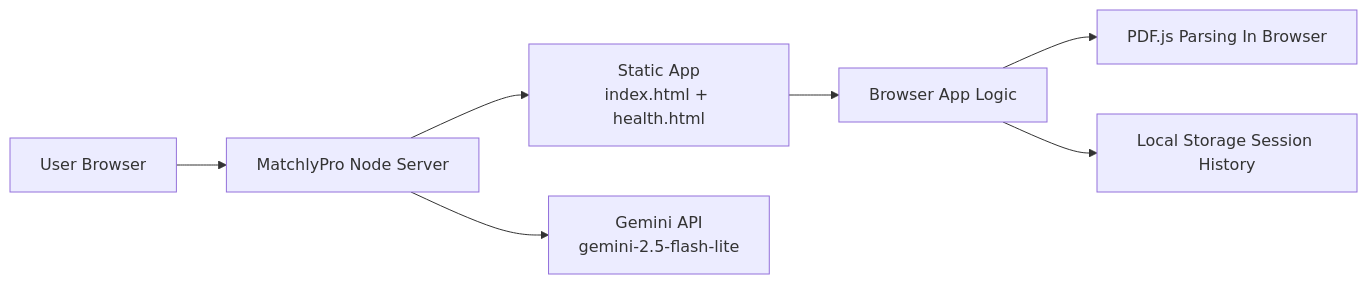
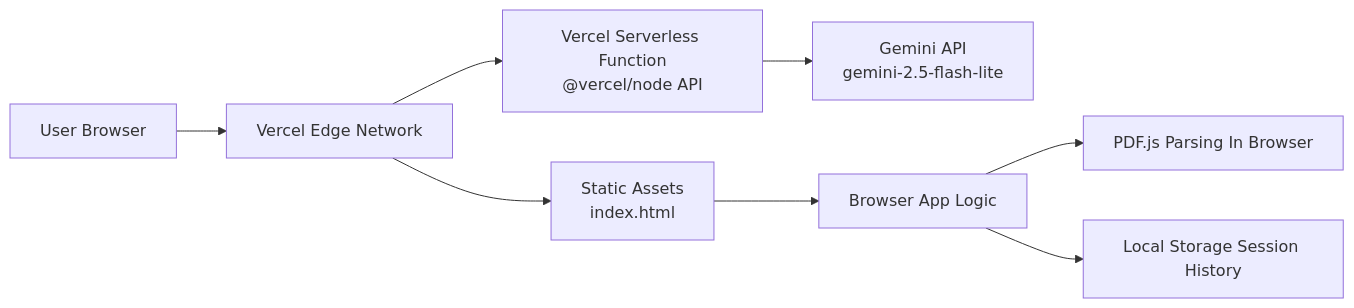
The first of 5 diagrams in README.md (muhammadhammad2005/MatchlyPro), drawn with Mermaid before and after one commit. The commit also changed other lines of this file, not shown here.

Commit message:
docs: finalize README with hybrid serverless architecture details

````diff
--- a/README.md
+++ b/README.md
@@ -60,9 +60,10 @@
 ```mermaid
 flowchart LR
-    U[User Browser] --> A[MatchlyPro Node Server]
-    A --> S[Static App<br/>index.html + health.html]
+    U[User Browser] --> V[Vercel Edge Network]
+    V --> S[Static Assets<br/>index.html]
+    V --> A[Vercel Serverless Function<br/>@vercel/node API]
     A --> R[Gemini API<br/>gemini-2.5-flash-lite]
     S --> J[Browser App Logic]
     J --> P[PDF.js Parsing In Browser]
     J --> L[Local Storage Session History]
 ```
````
